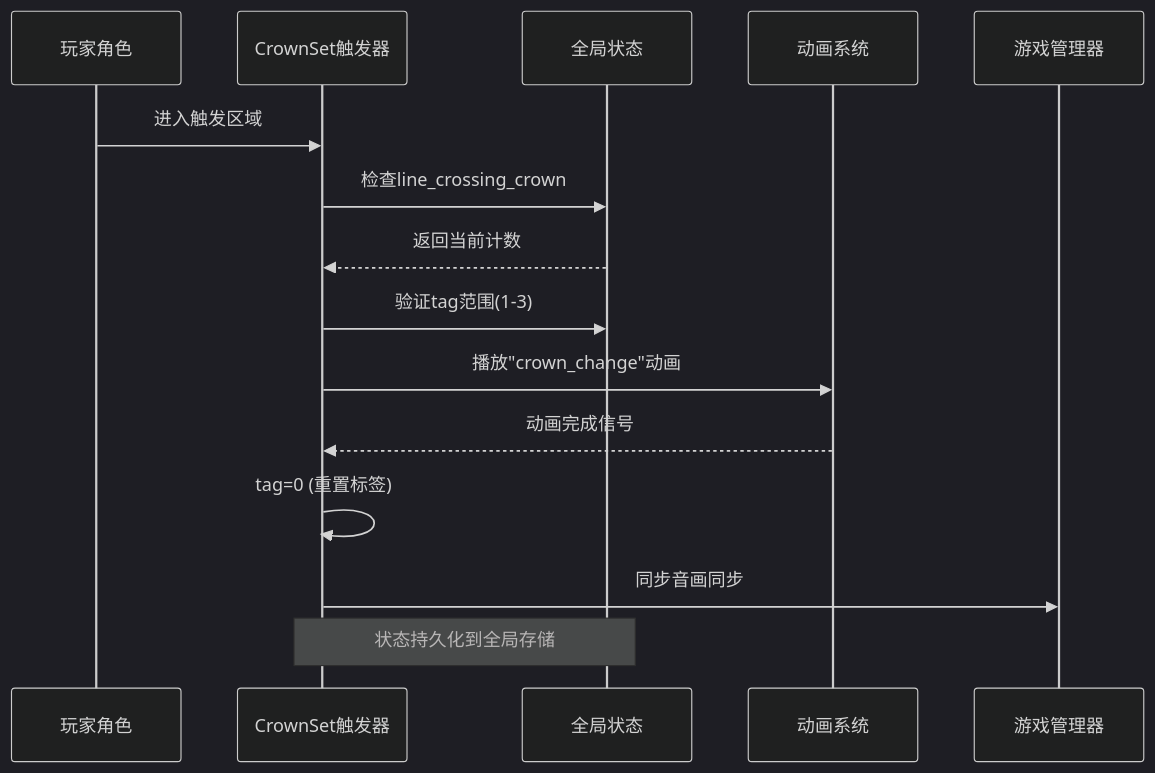
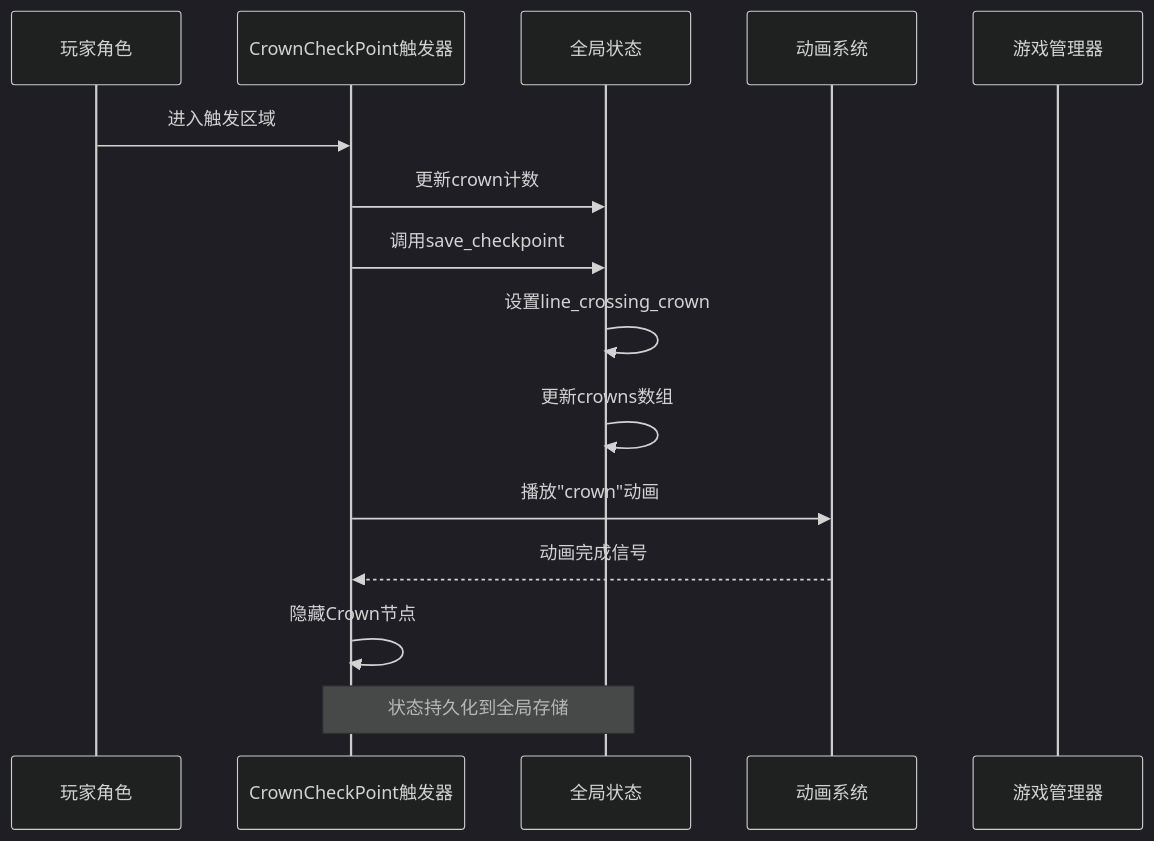
Before and after one commit to godotline/godot-line: the third of 7 diagrams in .qoder/repowiki/zh/content/游戏系统/触发器系统/CrownSet触发器.md, drawn with Mermaid (dark theme). The commit also changed other lines of this file and 17 other files, not shown here.

````diff
--- a/.qoder/repowiki/zh/content/游戏系统/触发器系统/CrownSet触发器.md
+++ b/.qoder/repowiki/zh/content/游戏系统/触发器系统/CrownSet触发器.md
@@ -122,17 +128,17 @@
 ```mermaid
 sequenceDiagram
 participant Player as 玩家角色
-participant Trigger as CrownSet触发器
+participant Trigger as CrownCheckPoint触发器
 participant State as 全局状态
 participant Animation as 动画系统
 participant GameManager as 游戏管理器
 Player->>Trigger : 进入触发区域
-Trigger->>State : 检查line_crossing_crown
-State-->>Trigger : 返回当前计数
-Trigger->>State : 验证tag范围(1-3)
-Trigger->>Animation : 播放"crown_change"动画
+Trigger->>State : 更新crown计数
+Trigger->>State : 调用save_checkpoint
+State->>State : 设置line_crossing_crown
+State->>State : 更新crowns数组
+Trigger->>Animation : 播放"crown"动画
 Animation-->>Trigger : 动画完成信号
-Trigger->>Trigger : tag=0 (重置标签)
-Trigger->>GameManager : 同步音画同步
+Trigger->>Trigger : 隐藏Crown节点
 Note over Trigger,State : 状态持久化到全局存储
 ```
````
